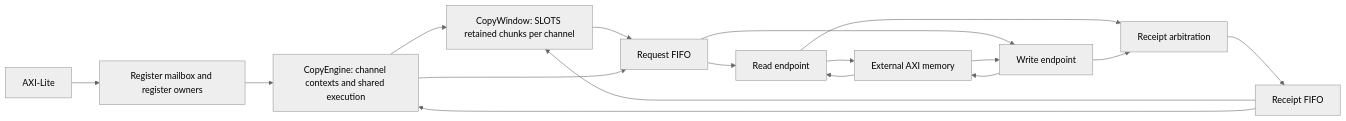
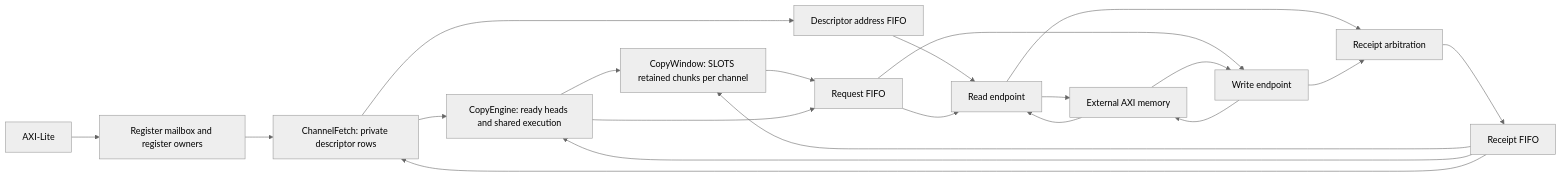
The diagram in docs/rtl/minimal-copy.md (shady831213/pdma), drawn with Mermaid (neutral theme) before and after one commit. The commit also changed other lines of this file and 58 other files, not shown here.

````diff
--- a/docs/rtl/minimal-copy.md
+++ b/docs/rtl/minimal-copy.md
@@ -17,19 +17,23 @@
 ```mermaid
 flowchart LR
   SW[AXI-Lite] --> CSR[Register mailbox and register owners]
-  CSR --> CMD[CopyEngine: channel contexts and shared execution]
+  CSR --> FETCH[ChannelFetch: private descriptor rows]
+  FETCH --> CMD[CopyEngine: ready heads and shared execution]
+  FETCH --> FQ[Descriptor address FIFO]
+  FQ --> RD
   CMD --> WIN[CopyWindow: SLOTS retained chunks per channel]
   WIN --> REQ[Request FIFO]
   CMD --> REQ
   REQ --> RD[Read endpoint]
   REQ --> WR[Write endpoint]
   RD --> MEM[External AXI memory]
   WR --> MEM
   MEM --> RD
   MEM --> WR
   RD --> MERGE[Receipt arbitration]
   WR --> MERGE
   MERGE --> RESP[Receipt FIFO]
   RESP --> WIN
   RESP --> CMD
+  RESP --> FETCH
 ```
````
